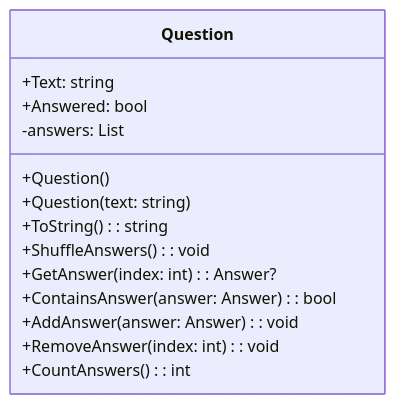
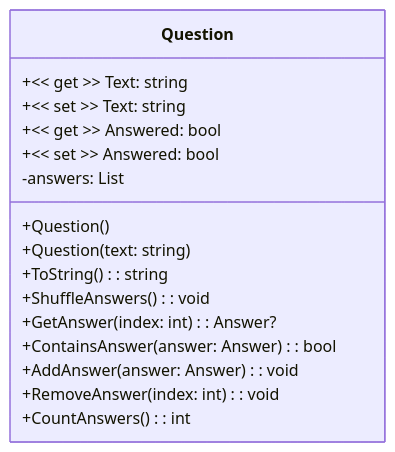
One commit to vives-oop1-2023/questionnaire-Robbedoes24 changed the second of 7 diagrams in README.md. Above: the diagram before and after it, drawn with Mermaid. The commit also changed other lines of this file, not shown here.

````diff
--- a/README.md
+++ b/README.md
@@ -104,17 +105,19 @@
 ```mermaid
     classDiagram
         class Question {
             +Question()
             +Question(text: string)
             +ToString(): string
             +ShuffleAnswers(): void
             +GetAnswer(index: int): Answer?
             +ContainsAnswer(answer: Answer): bool
             +AddAnswer(answer: Answer): void
             +RemoveAnswer(index: int): void
             +CountAnswers(): int
-            +Text: string
-            +Answered: bool
+            +<< get >> Text: string
+            +<< set >> Text: string
+            +<< get >> Answered: bool
+            +<< set >> Answered: bool
             -answers: List<Answer>
         }
 ```
````
